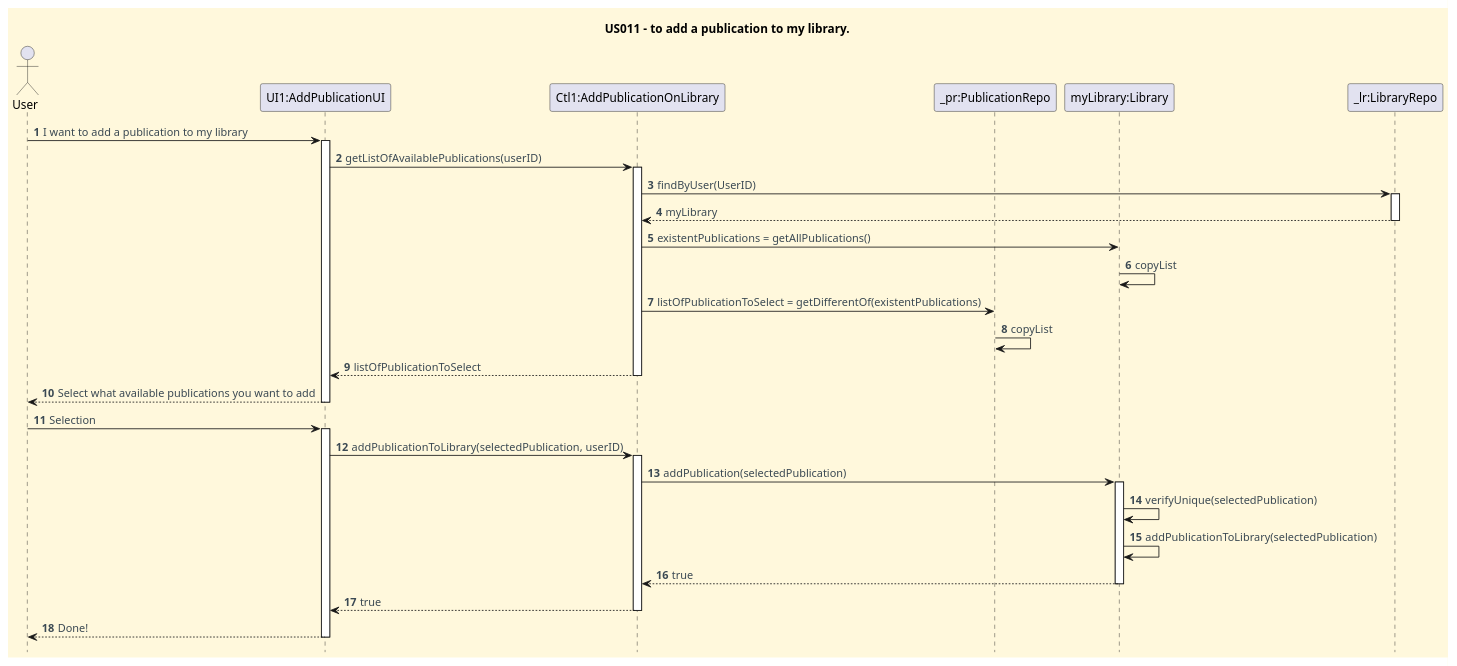
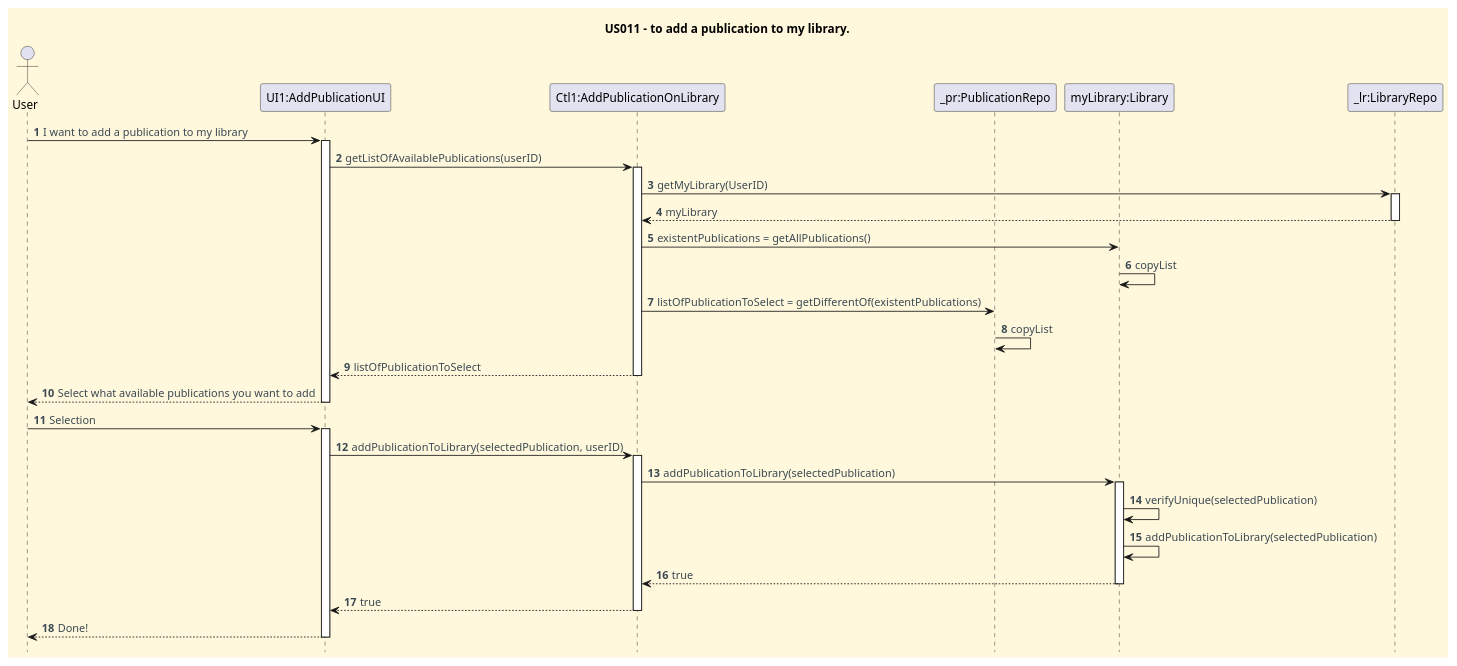
One commit to CarolinaLeite-collab/JavaMarketplacePlatform changed the diagram in docs/userStories/US011/US011_add_publication_to_my_library_SD.puml. Above: the diagram before and after it, drawn with PlantUML.

Commit message:
Updating info on SD #169

```diff
--- a/docs/userStories/US011/US011_add_publication_to_my_library_SD.puml
+++ b/docs/userStories/US011/US011_add_publication_to_my_library_SD.puml
@@ -1,62 +1,62 @@
 @startuml
 'https://plantuml.com/sequence-diagram
 hide footbox
 title US011 - to add a publication to my library.
 
 '==== basic style ====
 skinparam monochrome false
 skinparam shadowing false
 skinparam defaultFontName Futura
 skinparam objectFontSize 20
 skinparam backgroundColor CornSilk
 skinparam objectBackgroundColor WhiteSmoke
 skinparam noteBackgroundColor #FFFFE0
 skinparam ArrowFontColor #3B4953
 skinparam ActivationBackgroundColor black
 
 autonumber
 autoactivate off
 
 
 actor User
 participant "UI1:AddPublicationUI"
 participant "Ctl1:AddPublicationOnLibrary"
 participant "_pr:PublicationRepo"
 participant "myLibrary:Library"
 participant "_lr:LibraryRepo"
 
 User -> "UI1:AddPublicationUI" : I want to add a publication to my library
 activate "UI1:AddPublicationUI"
 "UI1:AddPublicationUI" -> "Ctl1:AddPublicationOnLibrary" : getListOfAvailablePublications(userID)
 activate "Ctl1:AddPublicationOnLibrary"
-"Ctl1:AddPublicationOnLibrary" -> "_lr:LibraryRepo" : findByUser(UserID)
+"Ctl1:AddPublicationOnLibrary" -> "_lr:LibraryRepo" : getMyLibrary(UserID)
 activate "_lr:LibraryRepo"
 "_lr:LibraryRepo" --> "Ctl1:AddPublicationOnLibrary" : myLibrary
 deactivate "_lr:LibraryRepo"
 "Ctl1:AddPublicationOnLibrary" -> "myLibrary:Library" : existentPublications = getAllPublications()
 "myLibrary:Library" -> "myLibrary:Library" : copyList
 "Ctl1:AddPublicationOnLibrary" -> "_pr:PublicationRepo" : listOfPublicationToSelect = getDifferentOf(existentPublications)
 "_pr:PublicationRepo" -> "_pr:PublicationRepo" : copyList
 "Ctl1:AddPublicationOnLibrary" --> "UI1:AddPublicationUI" : listOfPublicationToSelect
 deactivate "Ctl1:AddPublicationOnLibrary"
 "UI1:AddPublicationUI" --> User : Select what available publications you want to add
 deactivate "UI1:AddPublicationUI"
 User -> "UI1:AddPublicationUI" : Selection
 activate "UI1:AddPublicationUI"
 "UI1:AddPublicationUI" -> "Ctl1:AddPublicationOnLibrary" : addPublicationToLibrary(selectedPublication, userID)
 activate "Ctl1:AddPublicationOnLibrary"
-"Ctl1:AddPublicationOnLibrary" -> "myLibrary:Library" : addPublication(selectedPublication)
+"Ctl1:AddPublicationOnLibrary" -> "myLibrary:Library" : addPublicationToLibrary(selectedPublication)
 activate "myLibrary:Library"
 "myLibrary:Library" -> "myLibrary:Library" : verifyUnique(selectedPublication)
 "myLibrary:Library" -> "myLibrary:Library" : addPublicationToLibrary(selectedPublication)
 "myLibrary:Library" --> "Ctl1:AddPublicationOnLibrary" : true
 deactivate "myLibrary:Library"
 "Ctl1:AddPublicationOnLibrary" --> "UI1:AddPublicationUI" : true
 deactivate "Ctl1:AddPublicationOnLibrary"
 "UI1:AddPublicationUI" --> User : Done!
 deactivate "UI1:AddPublicationUI"
 
 
 
 
 @enduml
```
